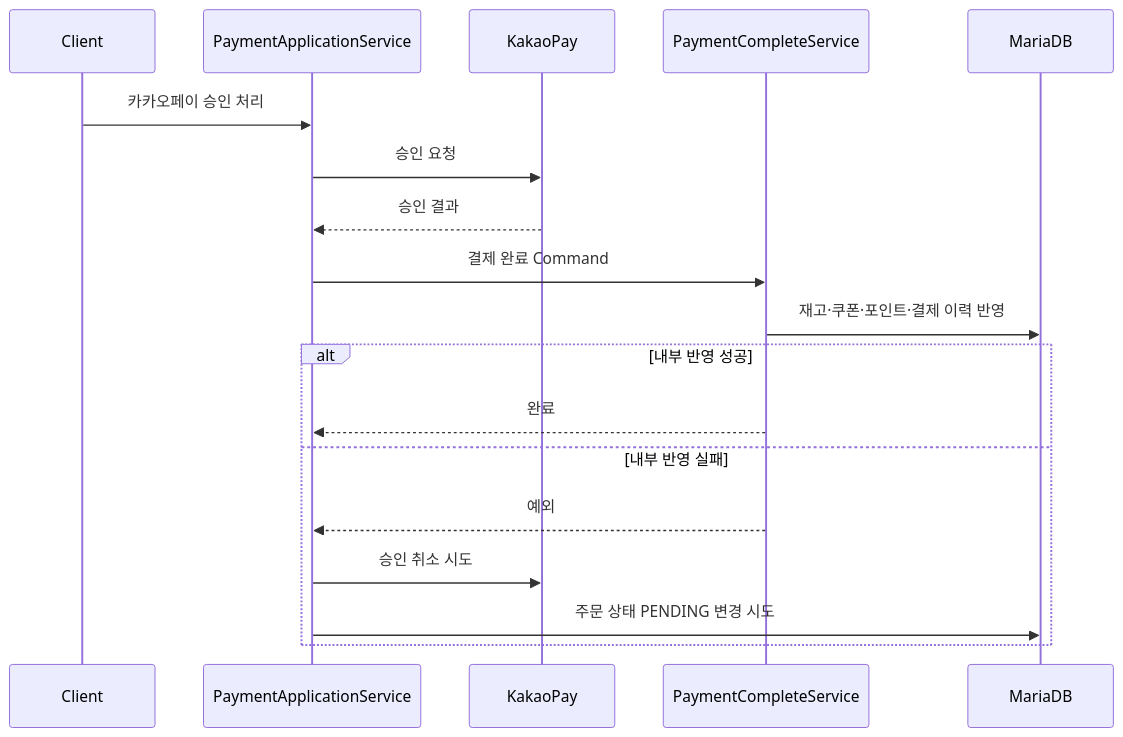
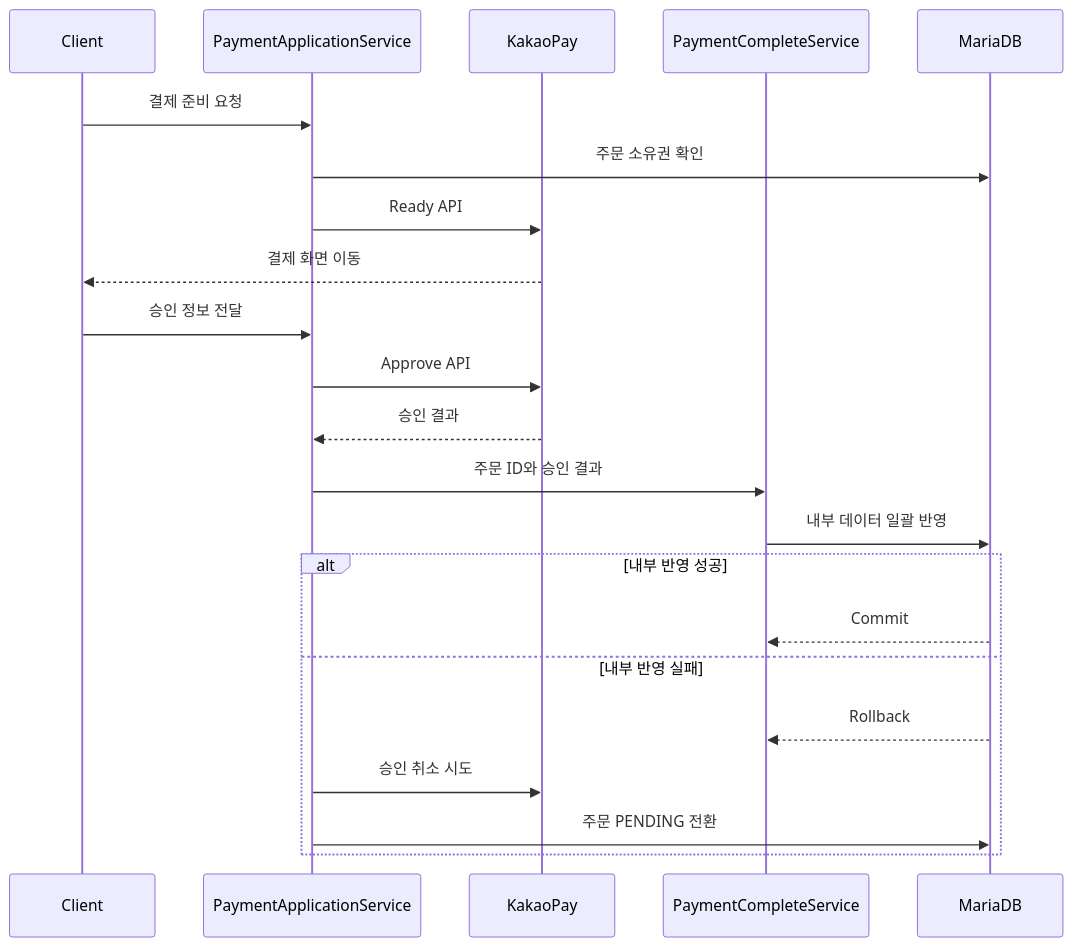
One commit to leedoohee/fnb-front-backend-api changed the third of 3 diagrams in README.md. Above: the diagram before and after it, drawn with Mermaid. The commit also changed other lines of this file, not shown here.

````diff
--- a/README.md
+++ b/README.md
@@ -80,21 +111,25 @@
 ```mermaid
 sequenceDiagram
     participant Client
     participant App as PaymentApplicationService
     participant PG as KakaoPay
     participant Complete as PaymentCompleteService
     participant DB as MariaDB
 
-    Client->>App: 카카오페이 승인 처리
-    App->>PG: 승인 요청
+    Client->>App: 결제 준비 요청
+    App->>DB: 주문 소유권 확인
+    App->>PG: Ready API
+    PG-->>Client: 결제 화면 이동
+    Client->>App: 승인 정보 전달
+    App->>PG: Approve API
     PG-->>App: 승인 결과
-    App->>Complete: 결제 완료 Command
-    Complete->>DB: 재고·쿠폰·포인트·결제 이력 반영
+    App->>Complete: 주문 ID와 승인 결과
+    Complete->>DB: 내부 데이터 일괄 반영
     alt 내부 반영 성공
-        Complete-->>App: 완료
+        DB-->>Complete: Commit
     else 내부 반영 실패
-        Complete-->>App: 예외
+        DB-->>Complete: Rollback
         App->>PG: 승인 취소 시도
-        App->>DB: 주문 상태 PENDING 변경 시도
+        App->>DB: 주문 PENDING 전환
     end
 ```
````
